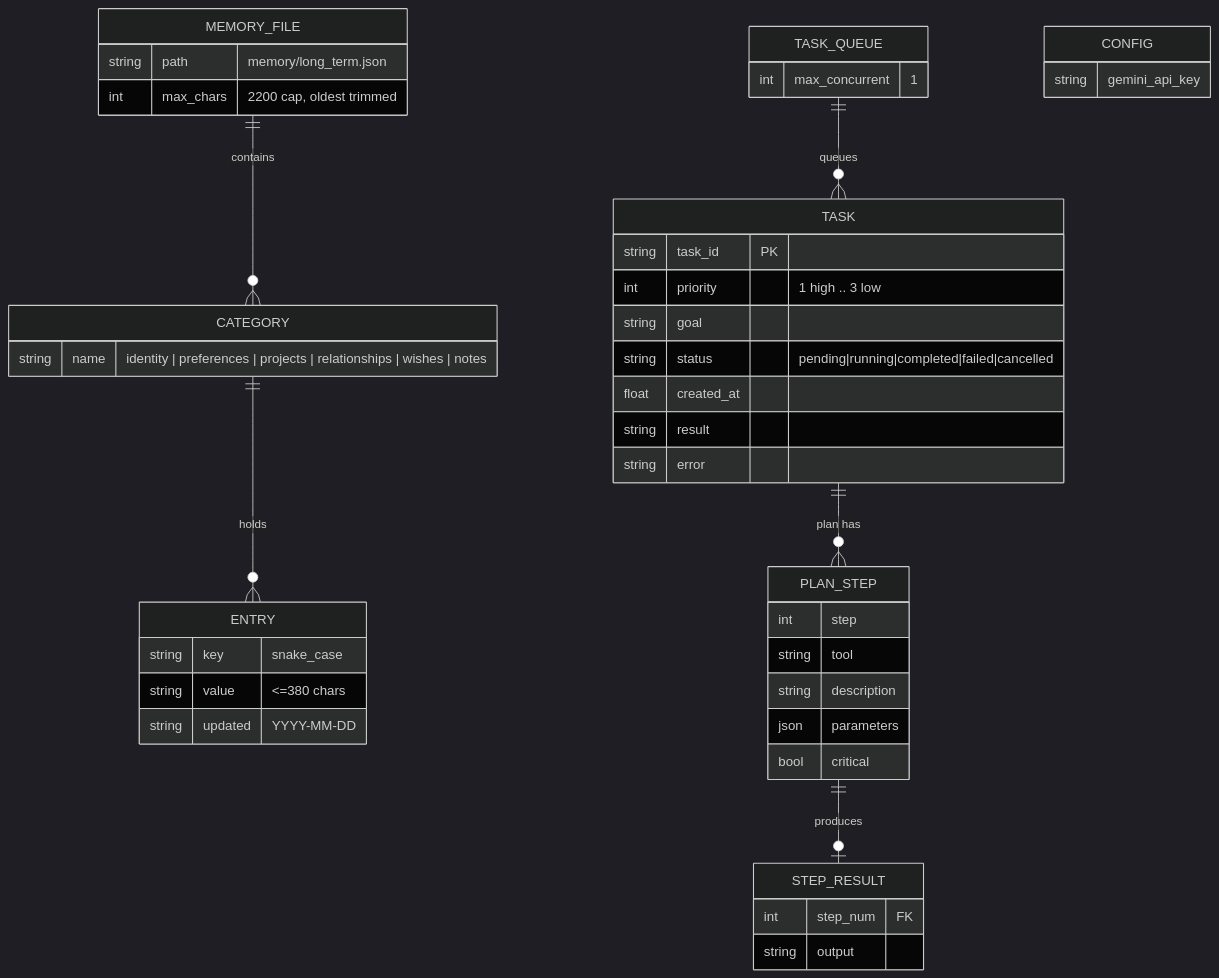
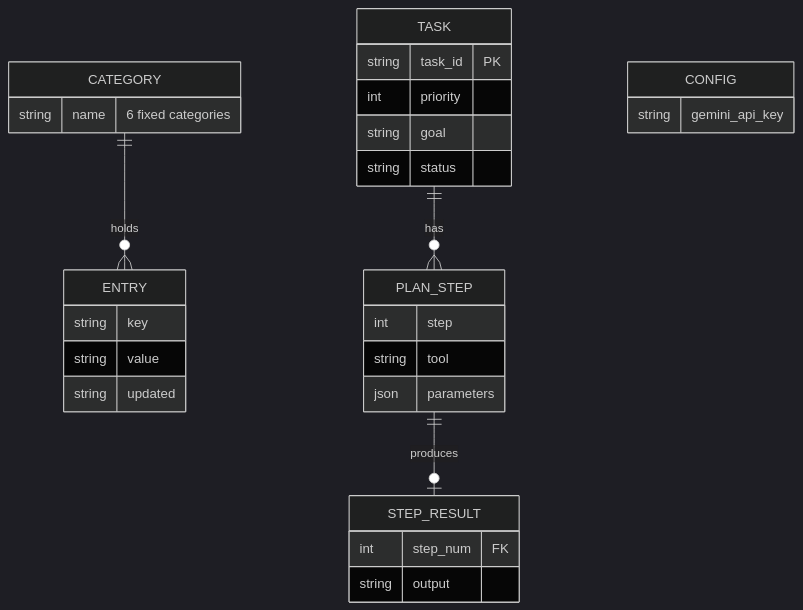
The sixth of 6 diagrams in diagrams/README.md (abhinavshr89/Raya_report), drawn with Mermaid (dark theme) before and after one commit. The commit also changed other lines of this file, not shown here.

Commit message:
shorten diagrams

````diff
--- a/diagrams/README.md
+++ b/diagrams/README.md
@@ -284,47 +102,33 @@
 ```mermaid
 erDiagram
-    MEMORY_FILE  ||--o{ CATEGORY    : contains
-    CATEGORY     ||--o{ ENTRY       : holds
-    TASK_QUEUE   ||--o{ TASK        : queues
-    TASK         ||--o{ PLAN_STEP   : "plan has"
-    PLAN_STEP    ||--o| STEP_RESULT : produces
+    CATEGORY  ||--o{ ENTRY       : holds
+    TASK      ||--o{ PLAN_STEP   : has
+    PLAN_STEP ||--o| STEP_RESULT : produces
 
-    MEMORY_FILE {
-        string path "memory/long_term.json"
-        int    max_chars "2200 cap, oldest trimmed"
-    }
     CATEGORY {
-        string name "identity | preferences | projects | relationships | wishes | notes"
+        string name "6 fixed categories"
     }
     ENTRY {
-        string key "snake_case"
-        string value "<=380 chars"
-        string updated "YYYY-MM-DD"
-    }
-    CONFIG {
-        string gemini_api_key
-    }
-    TASK_QUEUE {
-        int max_concurrent "1"
+        string key
+        string value
+        string updated
     }
     TASK {
         string task_id PK
-        int    priority "1 high .. 3 low"
+        int    priority
         string goal
-        string status "pending|running|completed|failed|cancelled"
-        float  created_at
-        string result
-        string error
+        string status
     }
     PLAN_STEP {
         int    step
         string tool
-        string description
         json   parameters
-        bool   critical
     }
     STEP_RESULT {
         int    step_num FK
         string output
     }
+    CONFIG {
+        string gemini_api_key
+    }
 ```
````
